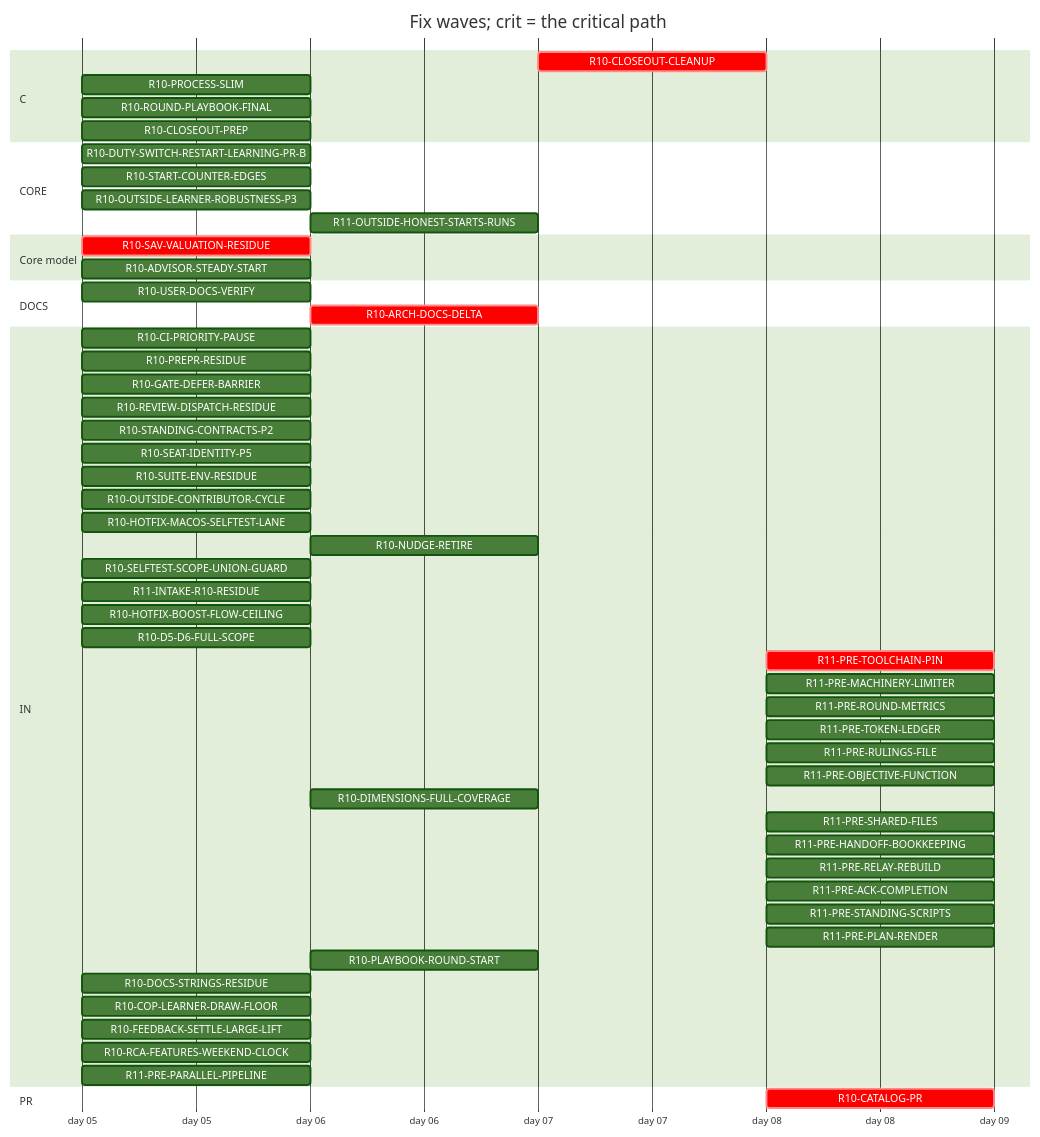
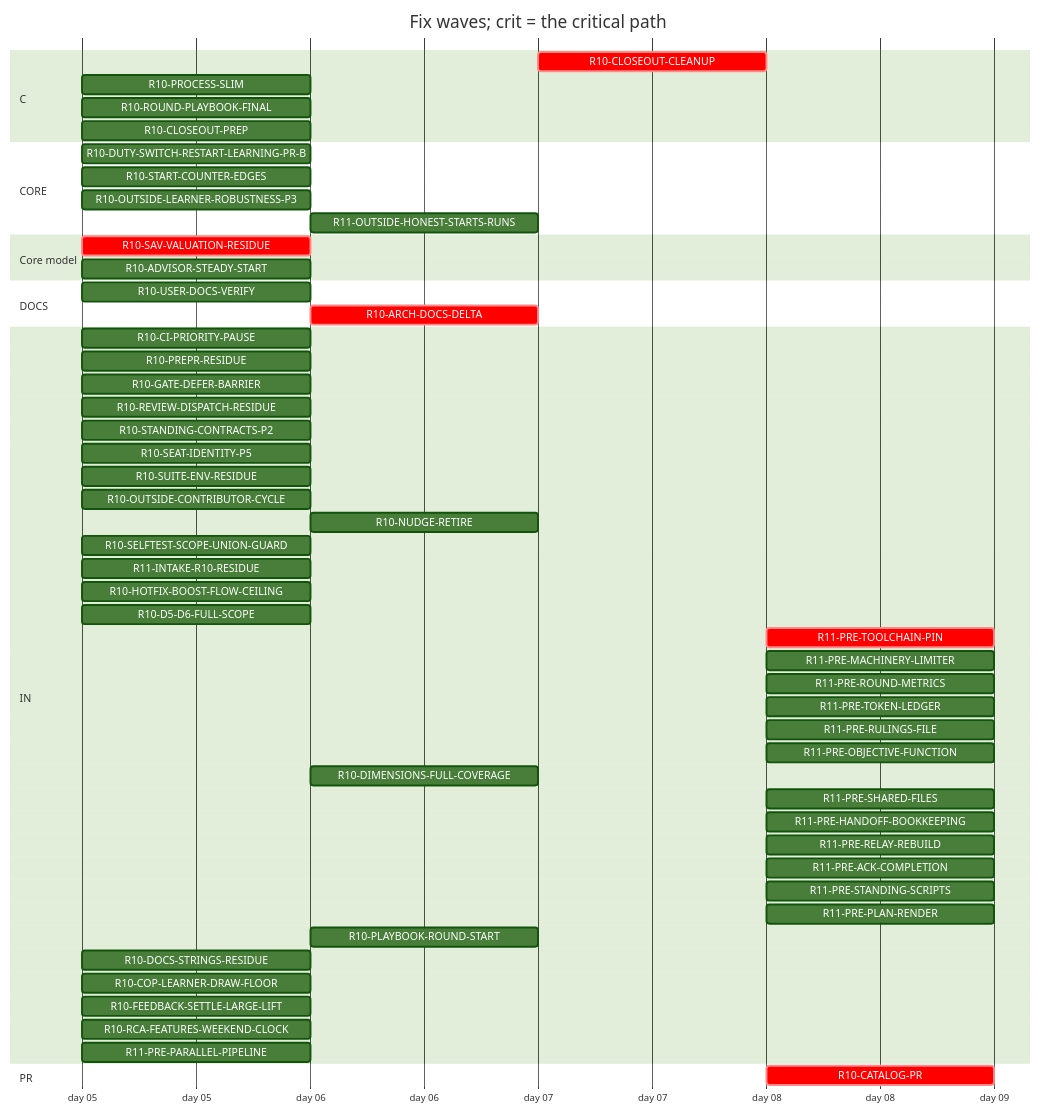
Before and after one commit to tvofi/heatpump_optimizer: the diagram in handoff/round10/state/PLAN-TABLE.md, drawn with Mermaid (forest theme). The commit also changed other lines of this file and 1 other file, not shown here.

Commit message:
state: FLOW-BOARD.md, NEXT-SESSION-PROMPT.md, PLAN-TABLE.md, RESUME-CURRENT.md regenerated (state_docs.py)

````diff
--- a/handoff/round10/state/PLAN-TABLE.md
+++ b/handoff/round10/state/PLAN-TABLE.md
@@ -19,58 +19,57 @@
 ```mermaid
 gantt
   title Fix waves; crit = the critical path
   dateFormat YYYY-MM-DD
   axisFormat day %d
   section C
     R10-CLOSEOUT-CLEANUP :crit, r10CLOSEOUTCLEANUP, after r10USERDOCSVERIFY r10CLOSEOUTPREP r10ARCHDOCSDELTA, 1d
     R10-PROCESS-SLIM :r10PROCESSSLIM, 2026-01-05, 1d
     R10-ROUND-PLAYBOOK-FINAL :r10ROUNDPLAYBOOKFINAL, 2026-01-05, 1d
     R10-CLOSEOUT-PREP :r10CLOSEOUTPREP, 2026-01-05, 1d
   section CORE
     R10-DUTY-SWITCH-RESTART-LEARNING-PR-B :r10DUTYSWITCHRESTARTLEARNINGPRB, 2026-01-05, 1d
     R10-START-COUNTER-EDGES :r10STARTCOUNTEREDGES, 2026-01-05, 1d
     R10-OUTSIDE-LEARNER-ROBUSTNESS-P3 :r10OUTSIDELEARNERROBUSTNESSP3, 2026-01-05, 1d
     R11-OUTSIDE-HONEST-STARTS-RUNS :r11OUTSIDEHONESTSTARTSRUNS, after r10ADVISORSTEADYSTART, 1d
   section Core model
     R10-SAV-VALUATION-RESIDUE :crit, r10SAVVALUATIONRESIDUE, 2026-01-05, 1d
     R10-ADVISOR-STEADY-START :r10ADVISORSTEADYSTART, 2026-01-05, 1d
   section DOCS
     R10-USER-DOCS-VERIFY :r10USERDOCSVERIFY, 2026-01-05, 1d
     R10-ARCH-DOCS-DELTA :crit, r10ARCHDOCSDELTA, after r10SAVVALUATIONRESIDUE r10ADVISORSTEADYSTART, 1d
   section IN
     R10-CI-PRIORITY-PAUSE :r10CIPRIORITYPAUSE, 2026-01-05, 1d
     R10-PREPR-RESIDUE :r10PREPRRESIDUE, 2026-01-05, 1d
     R10-GATE-DEFER-BARRIER :r10GATEDEFERBARRIER, 2026-01-05, 1d
     R10-REVIEW-DISPATCH-RESIDUE :r10REVIEWDISPATCHRESIDUE, 2026-01-05, 1d
     R10-STANDING-CONTRACTS-P2 :r10STANDINGCONTRACTSP2, 2026-01-05, 1d
     R10-SEAT-IDENTITY-P5 :r10SEATIDENTITYP5, 2026-01-05, 1d
     R10-SUITE-ENV-RESIDUE :r10SUITEENVRESIDUE, 2026-01-05, 1d
     R10-OUTSIDE-CONTRIBUTOR-CYCLE :r10OUTSIDECONTRIBUTORCYCLE, 2026-01-05, 1d
-    R10-HOTFIX-MACOS-SELFTEST-LANE :r10HOTFIXMACOSSELFTESTLANE, 2026-01-05, 1d
     R10-NUDGE-RETIRE :r10NUDGERETIRE, after r10ROUNDPLAYBOOKFINAL, 1d
     R10-SELFTEST-SCOPE-UNION-GUARD :r10SELFTESTSCOPEUNIONGUARD, 2026-01-05, 1d
     R11-INTAKE-R10-RESIDUE :r11INTAKER10RESIDUE, 2026-01-05, 1d
     R10-HOTFIX-BOOST-FLOW-CEILING :r10HOTFIXBOOSTFLOWCEILING, 2026-01-05, 1d
     R10-D5-D6-FULL-SCOPE :r10D5D6FULLSCOPE, 2026-01-05, 1d
     R11-PRE-TOOLCHAIN-PIN :crit, r11PRETOOLCHAINPIN, after r10CATALOGPR, 1d
     R11-PRE-MACHINERY-LIMITER :r11PREMACHINERYLIMITER, after r10CATALOGPR, 1d
     R11-PRE-ROUND-METRICS :r11PREROUNDMETRICS, after r10CATALOGPR, 1d
     R11-PRE-TOKEN-LEDGER :r11PRETOKENLEDGER, after r10CATALOGPR, 1d
     R11-PRE-RULINGS-FILE :r11PRERULINGSFILE, after r10CATALOGPR, 1d
     R11-PRE-OBJECTIVE-FUNCTION :r11PREOBJECTIVEFUNCTION, after r10CATALOGPR, 1d
     R10-DIMENSIONS-FULL-COVERAGE :r10DIMENSIONSFULLCOVERAGE, after r10D5D6FULLSCOPE, 1d
     R11-PRE-SHARED-FILES :r11PRESHAREDFILES, after r10CATALOGPR, 1d
     R11-PRE-HANDOFF-BOOKKEEPING :r11PREHANDOFFBOOKKEEPING, after r10CATALOGPR, 1d
     R11-PRE-RELAY-REBUILD :r11PRERELAYREBUILD, after r10CATALOGPR, 1d
     R11-PRE-ACK-COMPLETION :r11PREACKCOMPLETION, after r10CATALOGPR, 1d
     R11-PRE-STANDING-SCRIPTS :r11PRESTANDINGSCRIPTS, after r10CATALOGPR, 1d
     R11-PRE-PLAN-RENDER :r11PREPLANRENDER, after r10CATALOGPR, 1d
     R10-PLAYBOOK-ROUND-START :r10PLAYBOOKROUNDSTART, after r10ROUNDPLAYBOOKFINAL, 1d
     R10-DOCS-STRINGS-RESIDUE :r10DOCSSTRINGSRESIDUE, 2026-01-05, 1d
     R10-COP-LEARNER-DRAW-FLOOR :r10COPLEARNERDRAWFLOOR, 2026-01-05, 1d
     R10-FEEDBACK-SETTLE-LARGE-LIFT :r10FEEDBACKSETTLELARGELIFT, 2026-01-05, 1d
     R10-RCA-FEATURES-WEEKEND-CLOCK :r10RCAFEATURESWEEKENDCLOCK, 2026-01-05, 1d
     R11-PRE-PARALLEL-PIPELINE :r11PREPARALLELPIPELINE, 2026-01-05, 1d
   section PR
     R10-CATALOG-PR :crit, r10CATALOGPR, after r10USERDOCSVERIFY r10CLOSEOUTCLEANUP r10CLOSEOUTPREP r10ARCHDOCSDELTA, 1d
 ```
````
